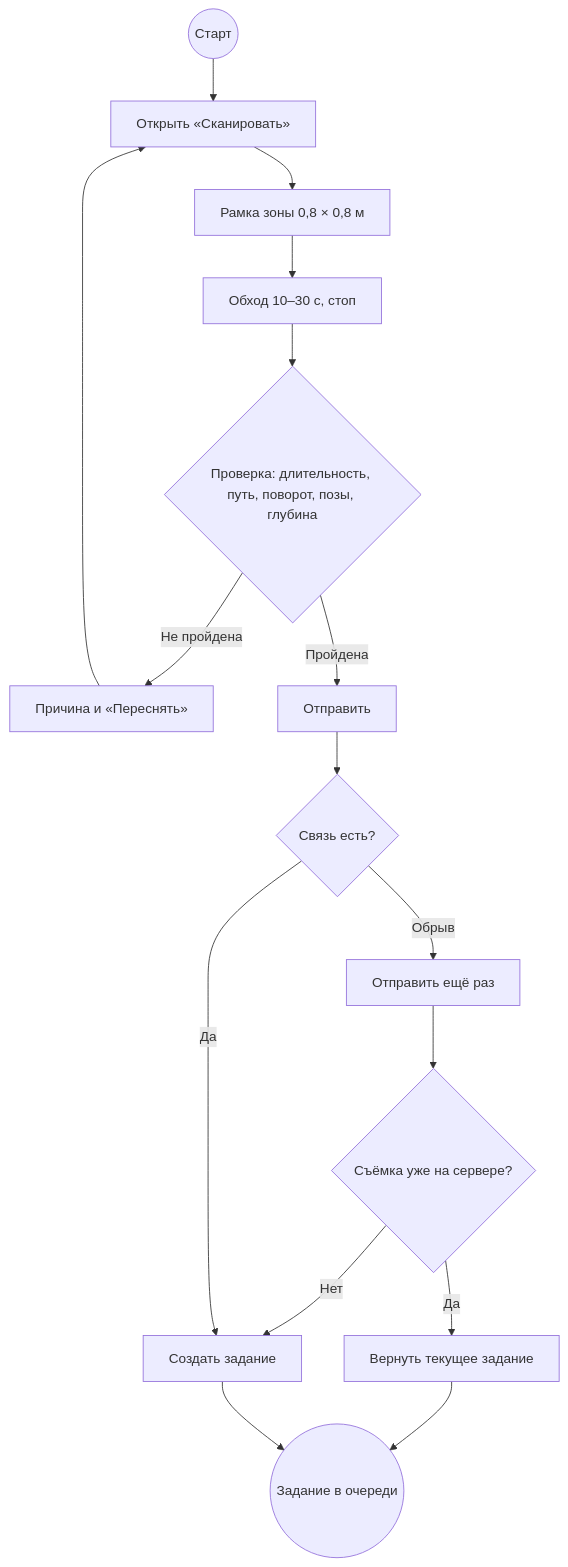
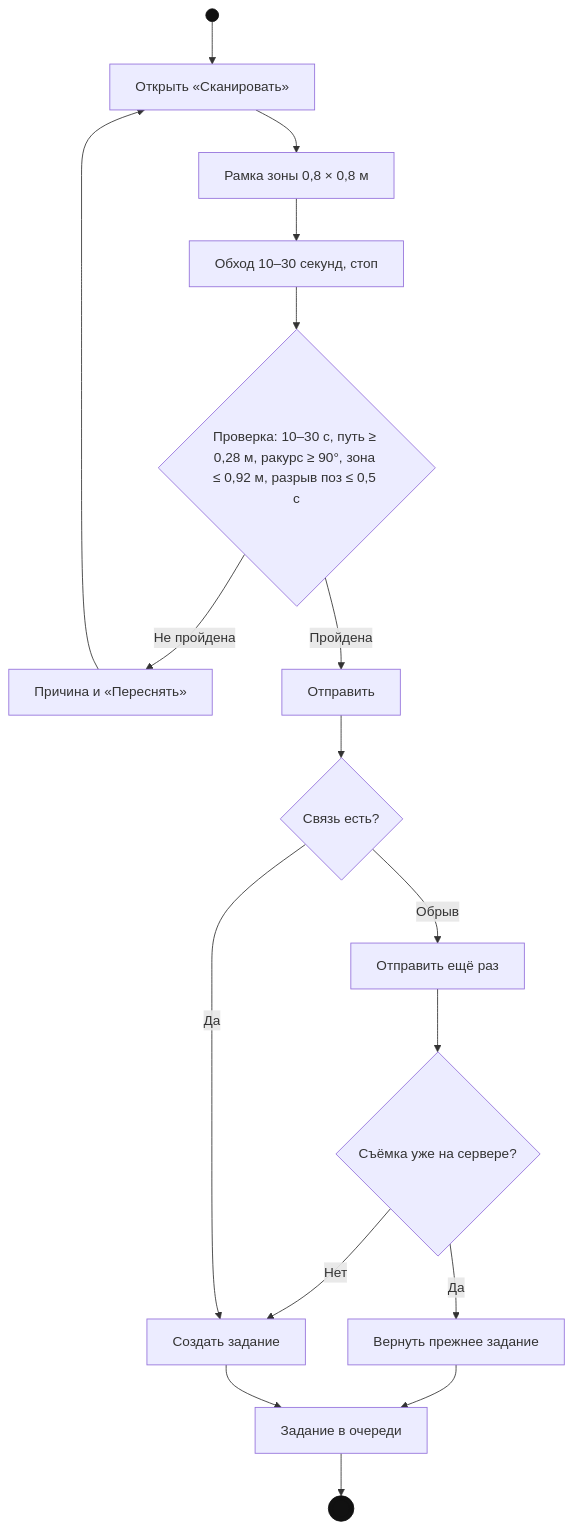
Before and after one commit to KalashnikovKV/nvc-business-analysis: the seventh of 7 diagrams in 05-appendix-b-diagrams.md, drawn with Mermaid. The commit also changed other lines of this file and 33 other files, not shown here.

````diff
--- a/05-appendix-b-diagrams.md
+++ b/05-appendix-b-diagrams.md
@@ -122,18 +179,21 @@
 ```mermaid
 flowchart TD
-  S((Старт)) --> A[Открыть «Сканировать»]
+  S(( )) --> A[Открыть «Сканировать»]
   A --> B[Рамка зоны 0,8 × 0,8 м]
-  B --> C[Обход 10–30 с, стоп]
-  C --> D{Проверка: длительность, путь, поворот, позы, глубина}
+  B --> C[Обход 10–30 секунд, стоп]
+  C --> D{"Проверка: 10–30 с, путь ≥ 0,28 м, ракурс ≥ 90°, зона ≤ 0,92 м, разрыв поз ≤ 0,5 с"}
   D -- Не пройдена --> E[Причина и «Переснять»]
   E --> A
   D -- Пройдена --> F[Отправить]
   F --> G{Связь есть?}
   G -- Обрыв --> H[Отправить ещё раз]
   H --> I{Съёмка уже на сервере?}
-  I -- Да --> J[Вернуть текущее задание]
+  I -- Да --> J[Вернуть прежнее задание]
   I -- Нет --> K[Создать задание]
   G -- Да --> K
-  J --> Z((Задание в очереди))
-  K --> Z
+  J --> Q[Задание в очереди]
+  K --> Q
+  Q --> Z((( )))
+  classDef node0 fill:#111,stroke:#111;
+  class S,Z node0
 ```
````
